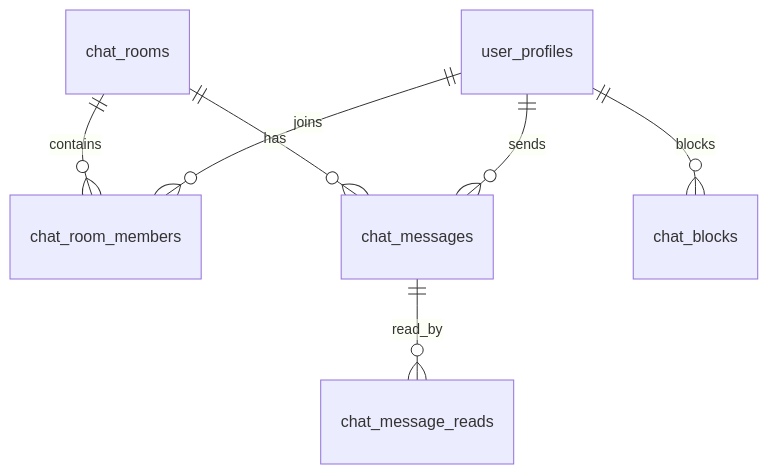
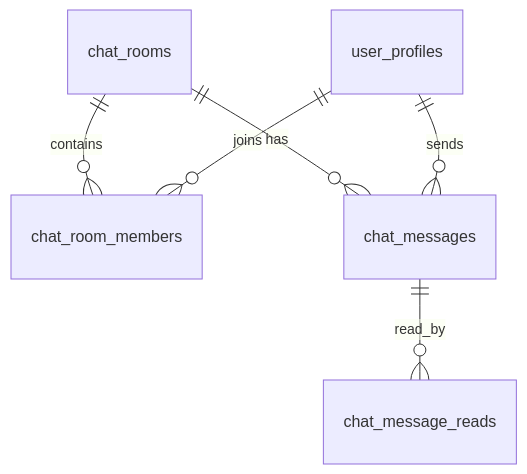
One commit to szeunkk/ReadyGo changed the second of 7 diagrams in docs/database/02-domain-erd.md. Above: the diagram before and after it, drawn with Mermaid. The commit also changed other lines of this file and 4 other files, not shown here.

First line of the commit message:
docs: chat_blocks를 user_blocks로 변경 및 User Domain으로 이동

````diff
--- a/docs/database/02-domain-erd.md
+++ b/docs/database/02-domain-erd.md
@@ -39,9 +40,8 @@
 ```mermaid
 erDiagram
   chat_rooms ||--o{ chat_room_members : contains
   chat_rooms ||--o{ chat_messages : has
   chat_messages ||--o{ chat_message_reads : read_by
   user_profiles ||--o{ chat_room_members : joins
   user_profiles ||--o{ chat_messages : sends
-  user_profiles ||--o{ chat_blocks : blocks
 ```
````
